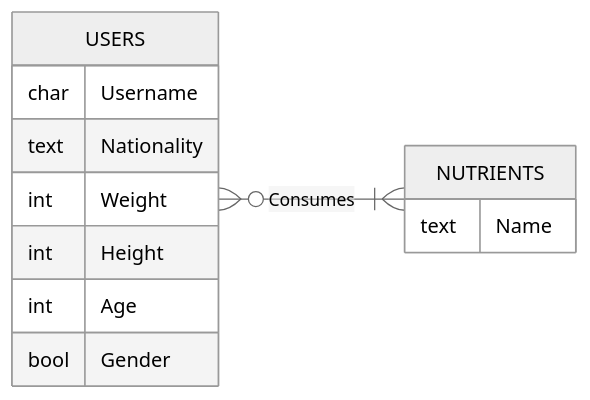
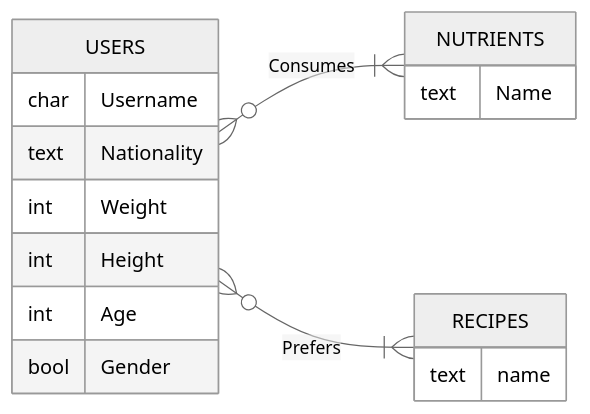
Before and after one commit to alexisuaguilaru/MealPrepPlanner: the second of 2 diagrams in ETL_Pipeline/DOCS.md, drawn with Mermaid (neutral theme). The commit also changed other lines of this file and 1 other file, not shown here.

Commit message:
Additions to documentation to include data sources and schemas for ingredients and digital recipe book tab

````diff
--- a/ETL_Pipeline/DOCS.md
+++ b/ETL_Pipeline/DOCS.md
@@ -174,17 +204,21 @@
 ```mermaid
 erDiagram
     direction LR;
     USERS {
         char Username
         text Nationality
         int Weight
         int Height
         int Age
         bool Gender
     }
     NUTRIENTS {
         text Name
     }
+    RECIPES {
+        text name
+    }
 
     USERS }o--|{ NUTRIENTS : Consumes
+    USERS }o--|{ RECIPES : Prefers
 ```
````
